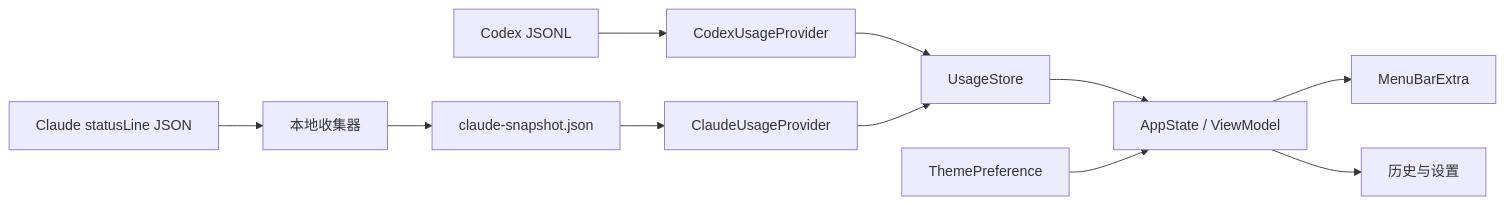
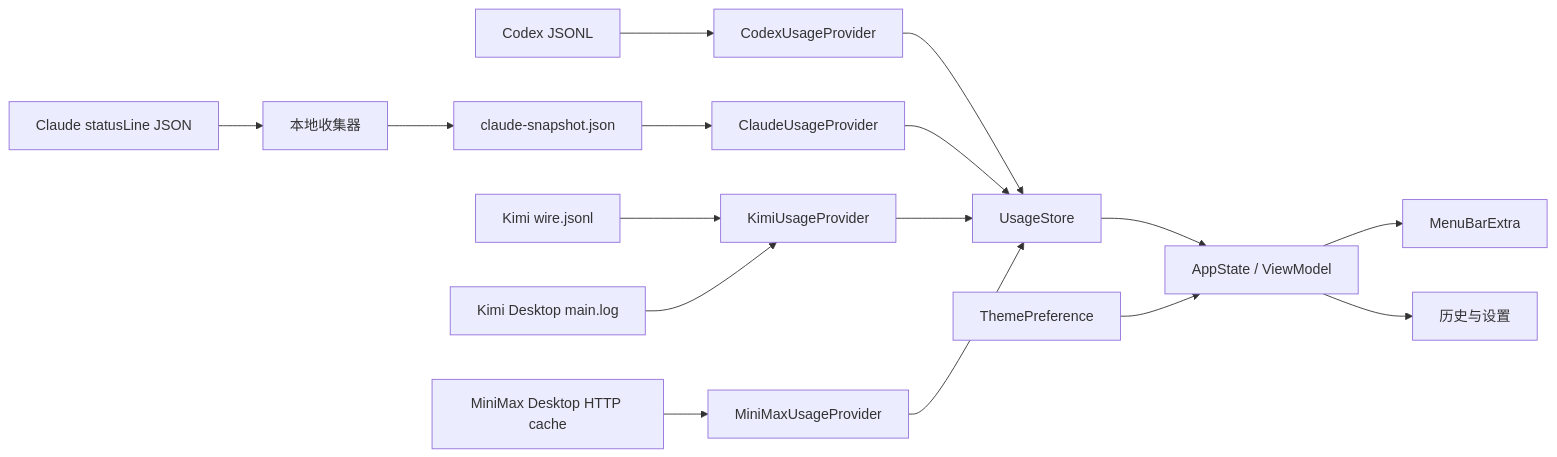
Before and after one commit to YuSec2021/ai-usage-display: the first of 2 diagrams in docs/ARCHITECTURE.md, drawn with Mermaid. The commit also changed other lines of this file and 26 other files, not shown here.

````diff
--- a/docs/ARCHITECTURE.md
+++ b/docs/ARCHITECTURE.md
@@ -7,13 +7,18 @@
 ```mermaid
 flowchart LR
     C["Codex JSONL"] --> CP["CodexUsageProvider"]
     CC["Claude statusLine JSON"] --> H["本地收集器"]
+    KC["Kimi wire.jsonl"] --> KP["KimiUsageProvider"]
+    KD["Kimi Desktop main.log"] --> KP
+    MM["MiniMax Desktop HTTP cache"] --> MP["MiniMaxUsageProvider"]
     H --> CS["claude-snapshot.json"]
     CS --> AP["ClaudeUsageProvider"]
     CP --> S["UsageStore"]
     AP --> S
+    KP --> S
+    MP --> S
     S --> VM["AppState / ViewModel"]
     VM --> MB["MenuBarExtra"]
     VM --> HI["历史与设置"]
     TP["ThemePreference"] --> VM
 ```
````
